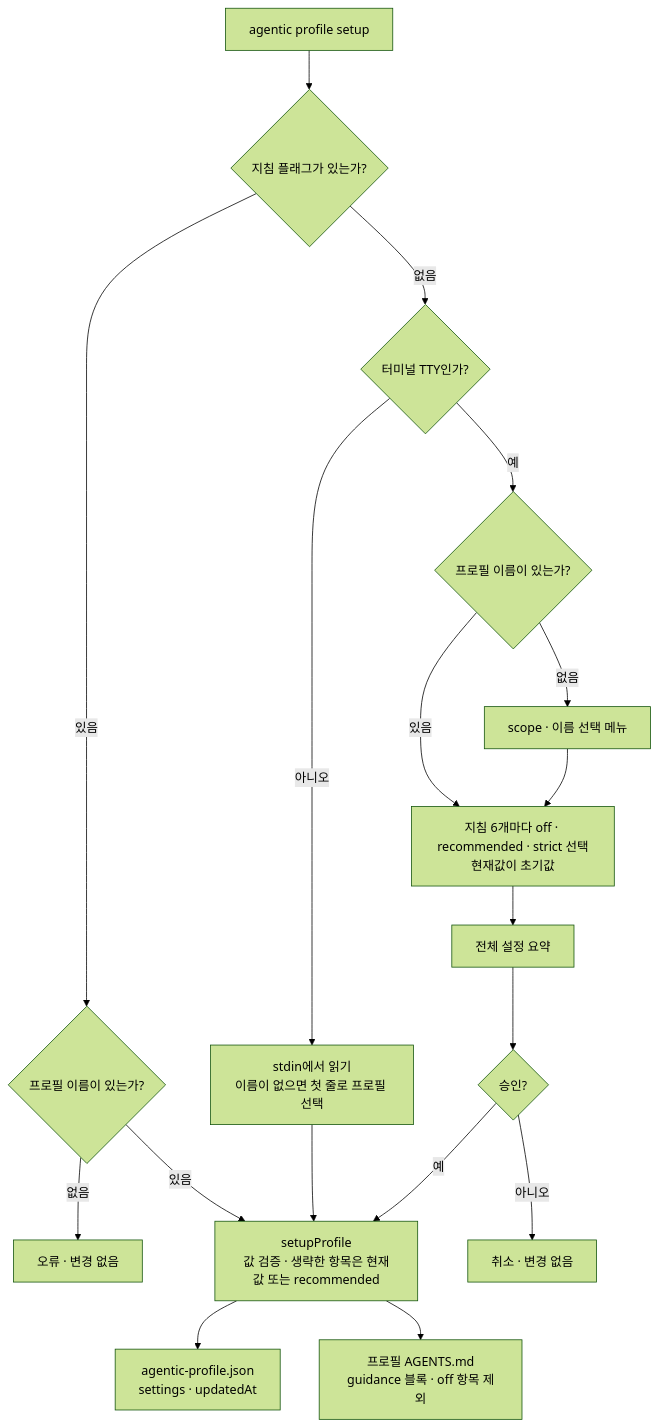
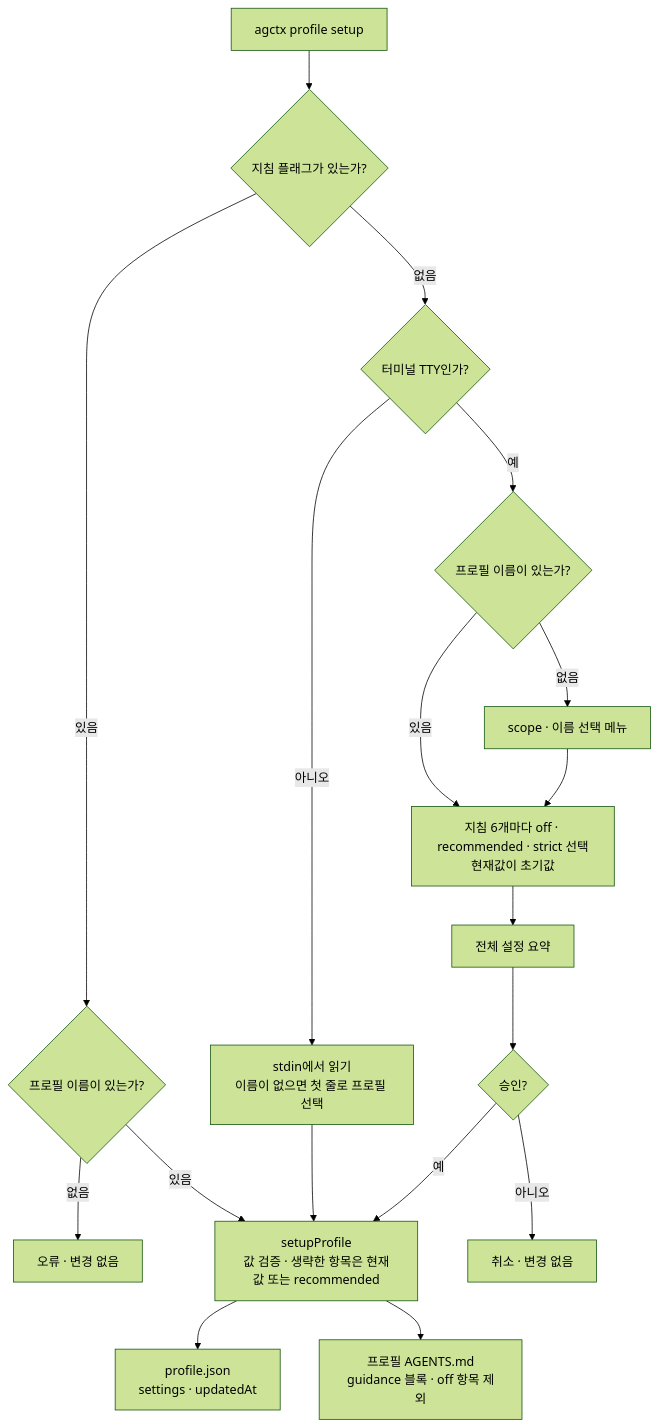
Before and after one commit to IsthisLee/agent-context-manager: the diagram in docs/discussion/architecture/topics/setup-and-guidance.md, drawn with Mermaid (forest theme). The commit also changed other lines of this file and 73 other files, not shown here.

````diff
--- a/docs/discussion/architecture/topics/setup-and-guidance.md
+++ b/docs/discussion/architecture/topics/setup-and-guidance.md
@@ -62,20 +62,20 @@
 ```mermaid
 flowchart TD
-  CMD["agentic profile setup"] --> FLAG{"지침 플래그가 있는가?"}
+  CMD["agctx profile setup"] --> FLAG{"지침 플래그가 있는가?"}
   FLAG -->|있음| NAMED{"프로필 이름이 있는가?"}
   NAMED -->|없음| ERR["오류 · 변경 없음"]
   NAMED -->|있음| SAVE["setupProfile<br/>값 검증 · 생략한 항목은 현재값 또는 recommended"]
   FLAG -->|없음| TTY{"터미널 TTY인가?"}
   TTY -->|아니오| STDIN["stdin에서 읽기<br/>이름이 없으면 첫 줄로 프로필 선택"]
   STDIN --> SAVE
   TTY -->|예| PICK{"프로필 이름이 있는가?"}
   PICK -->|없음| MENU["scope · 이름 선택 메뉴"]
   PICK -->|있음| ITEMS
   MENU --> ITEMS["지침 6개마다 off · recommended · strict 선택<br/>현재값이 초기값"]
   ITEMS --> SUMMARY["전체 설정 요약"]
   SUMMARY --> OK{"승인?"}
   OK -->|아니오| CANCEL["취소 · 변경 없음"]
   OK -->|예| SAVE
-  SAVE --> META["agentic-profile.json<br/>settings · updatedAt"]
+  SAVE --> META["profile.json<br/>settings · updatedAt"]
   SAVE --> AGENTS["프로필 AGENTS.md<br/>guidance 블록 · off 항목 제외"]
 ```
````
